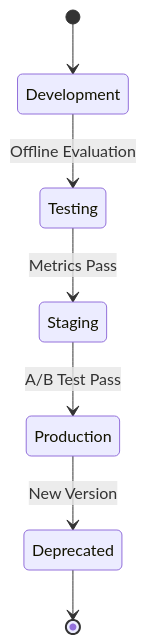
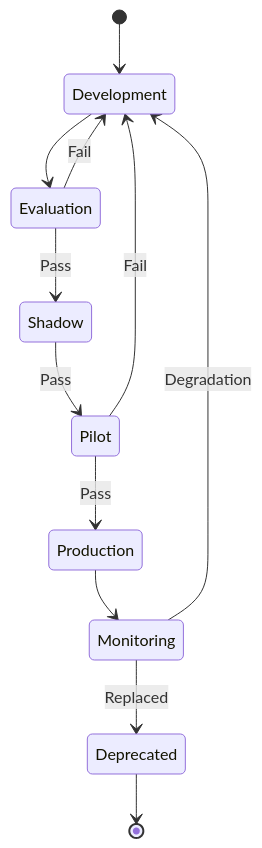
Before and after one commit to petkao/pinkcurve-blueprint: the fourth of 4 diagrams in docs/10-ai-platform.md, drawn with Mermaid. The commit also changed other lines of this file and 27 other files, not shown here.

Commit message:
Update PinkCurve blueprint and complete Chapter 11 data architecture audit

````diff
--- a/docs/10-ai-platform.md
+++ b/docs/10-ai-platform.md
@@ -186,9 +1343,22 @@
 ```mermaid
 stateDiagram-v2
+
     [*] --> Development
-    Development --> Testing: Offline Evaluation
-    Testing --> Staging: Metrics Pass
-    Staging --> Production: A/B Test Pass
-    Production --> Deprecated: New Version
+
+    Development --> Evaluation
+
+    Evaluation --> Shadow: Pass
+    Evaluation --> Development: Fail
+
+    Shadow --> Pilot: Pass
+
+    Pilot --> Production: Pass
+    Pilot --> Development: Fail
+
+    Production --> Monitoring
+
+    Monitoring --> Deprecated: Replaced
+    Monitoring --> Development: Degradation
+
     Deprecated --> [*]
 ```
````
